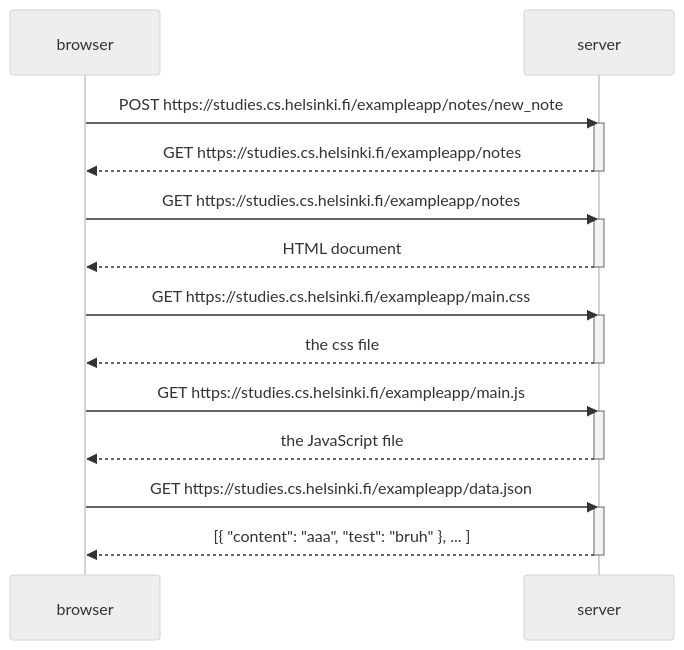
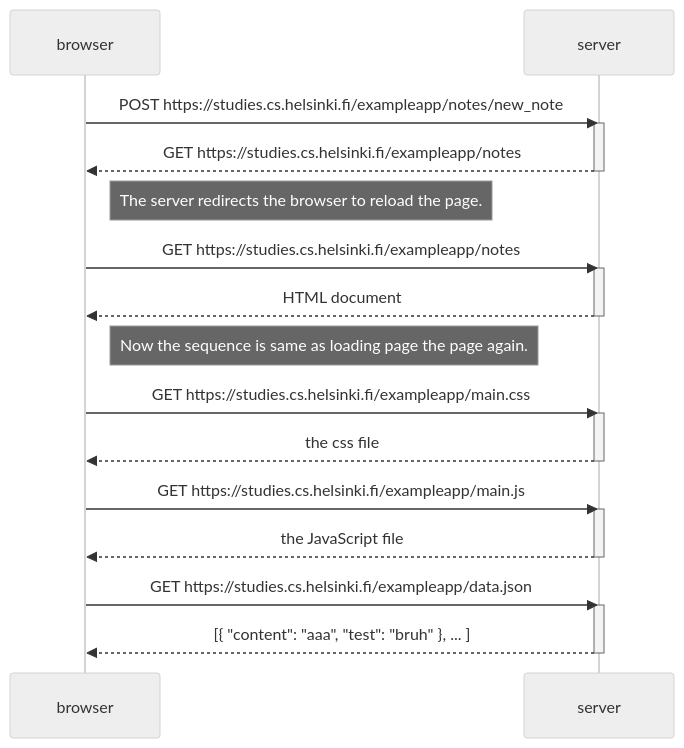
One commit to jussiiih/Full-Stack-Open changed the diagram in osa0/0.4: uusi muistiinpano.md. Above: the diagram before and after it, drawn with Mermaid (neutral theme).

Commit message:
Update 0.4: uusi muistiinpano.md

````diff
--- a/osa0/0.4: uusi muistiinpano.md
+++ b/osa0/0.4: uusi muistiinpano.md
@@ -1,30 +1,34 @@
 ```mermaid
 sequenceDiagram
     participant browser
     participant server
 
     browser->>server: POST https://studies.cs.helsinki.fi/exampleapp/notes/new_note
     activate server
     server-->>browser: GET https://studies.cs.helsinki.fi/exampleapp/notes
     deactivate server
 
+    Note right of browser: The server redirects the browser to reload the page.  
+    
     browser->>server: GET https://studies.cs.helsinki.fi/exampleapp/notes
     activate server
     server-->>browser: HTML document
     deactivate server
+    
+    Note right of browser: Now the sequence is same as loading page the page again.
     
     browser->>server: GET https://studies.cs.helsinki.fi/exampleapp/main.css
     activate server
     server-->>browser: the css file
     deactivate server
     
     browser->>server: GET https://studies.cs.helsinki.fi/exampleapp/main.js
     activate server
     server-->>browser: the JavaScript file
     deactivate server
   
     browser->>server: GET https://studies.cs.helsinki.fi/exampleapp/data.json
     activate server
     server-->>browser: [{ "content": "aaa", "test": "bruh" }, ... ]
     deactivate server
 ```
````
